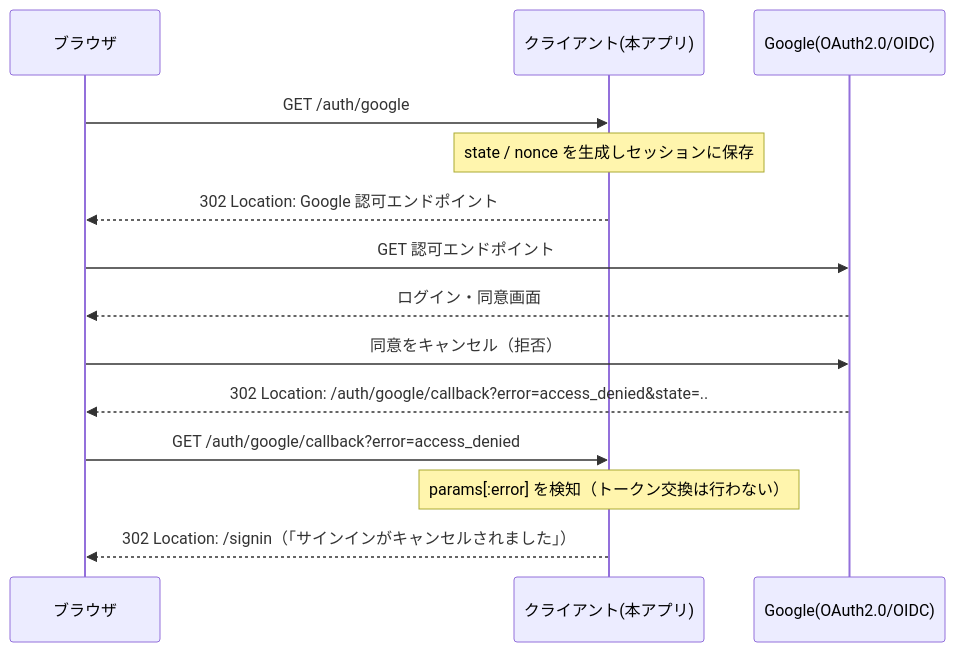
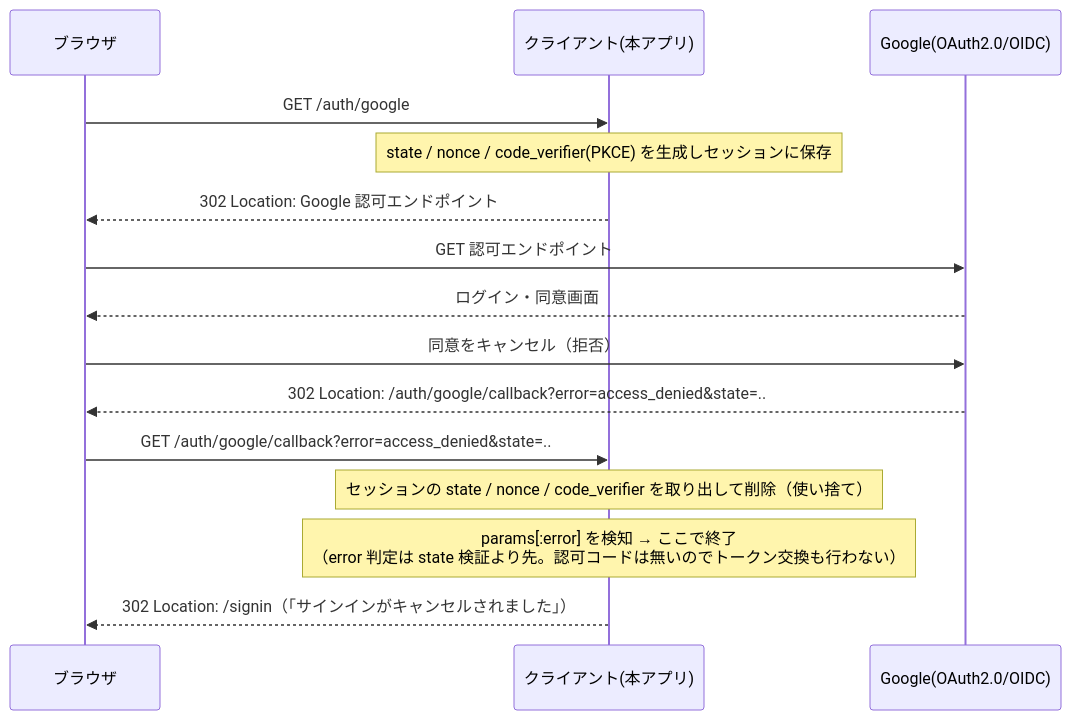
The second of 5 diagrams in README.md (shimejii/rails-oidc-demo), drawn with Mermaid before and after one commit. The commit also changed other lines of this file and 2 other files, not shown here.

````diff
--- a/README.md
+++ b/README.md
@@ -148,19 +163,20 @@
 ```mermaid
 sequenceDiagram
     participant B as ブラウザ
     participant C as クライアント(本アプリ)
     participant G as Google(OAuth2.0/OIDC)
 
     B->>C: GET /auth/google
-    Note over C: state / nonce を生成しセッションに保存
+    Note over C: state / nonce / code_verifier(PKCE) を生成しセッションに保存
     C-->>B: 302 Location: Google 認可エンドポイント
 
     B->>G: GET 認可エンドポイント
     G-->>B: ログイン・同意画面
     B->>G: 同意をキャンセル（拒否）
     G-->>B: 302 Location: /auth/google/callback?error=access_denied&state=..
 
-    B->>C: GET /auth/google/callback?error=access_denied
-    Note over C: params[:error] を検知（トークン交換は行わない）
+    B->>C: GET /auth/google/callback?error=access_denied&state=..
+    Note over C: セッションの state / nonce / code_verifier を取り出して削除（使い捨て）
+    Note over C: params[:error] を検知 → ここで終了<br/>（error 判定は state 検証より先。認可コードは無いのでトークン交換も行わない）
     C-->>B: 302 Location: /signin（「サインインがキャンセルされました」）
 ```
````
